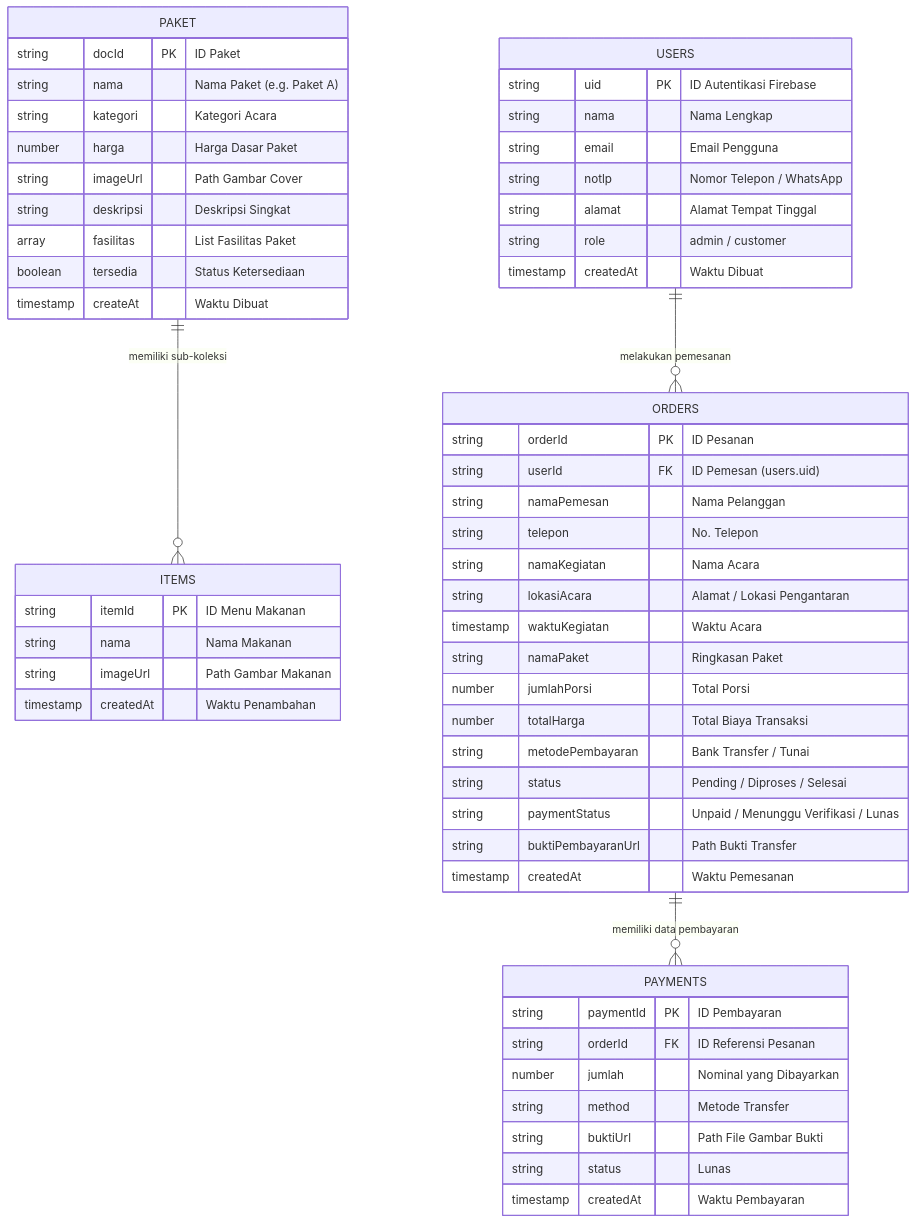
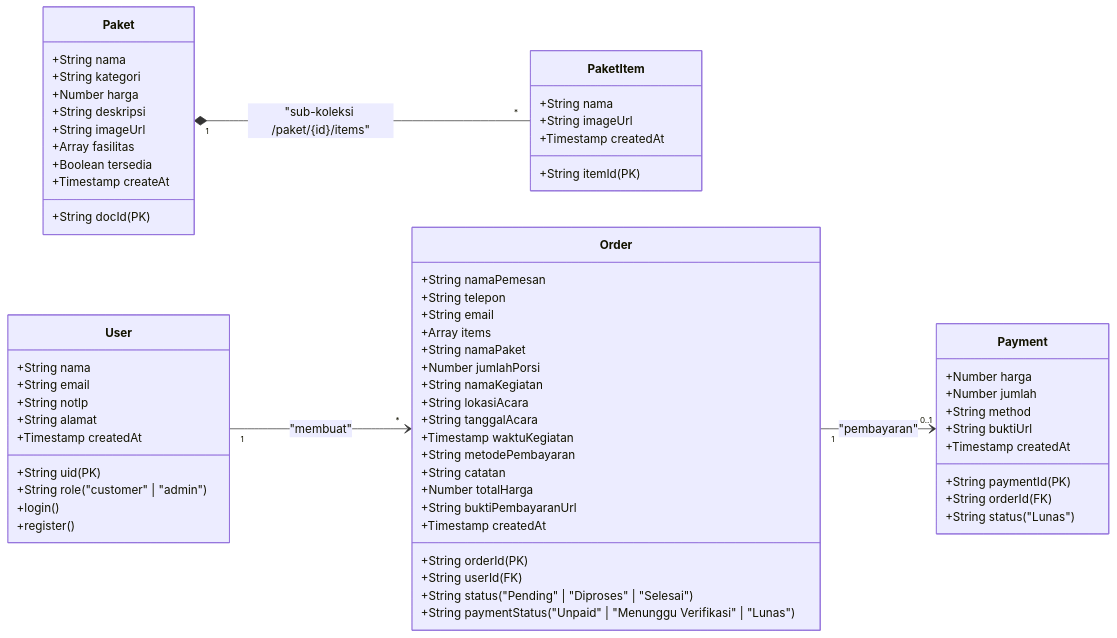
The first of 3 diagrams in readme.md (adriannicholasl/nadyacatering), drawn with Mermaid before and after one commit. The commit also changed other lines of this file, not shown here.

````diff
--- a/readme.md
+++ b/readme.md
@@ -105,63 +78,72 @@
 ```mermaid
-erDiagram
-    USERS {
-        string uid PK "ID Autentikasi Firebase"
-        string nama "Nama Lengkap"
-        string email "Email Pengguna"
-        string notlp "Nomor Telepon / WhatsApp"
-        string alamat "Alamat Tempat Tinggal"
-        string role "admin / customer"
-        timestamp createdAt "Waktu Dibuat"
+classDiagram
+    direction LR
+
+    class User {
+        +String uid (PK)
+        +String nama
+        +String email
+        +String notlp
+        +String alamat
+        +String role ("customer" | "admin")
+        +Timestamp createdAt
+        +login()
+        +register()
     }
 
-    PAKET {
-        string docId PK "ID Paket"
-        string nama "Nama Paket (e.g. Paket A)"
-        string kategori "Kategori Acara"
-        number harga "Harga Dasar Paket"
-        string imageUrl "Path Gambar Cover"
-        string deskripsi "Deskripsi Singkat"
-        array fasilitas "List Fasilitas Paket"
-        boolean tersedia "Status Ketersediaan"
-        timestamp createAt "Waktu Dibuat"
+    class Paket {
+        +String docId (PK)
+        +String nama
+        +String kategori
+        +Number harga
+        +String deskripsi
+        +String imageUrl
+        +Array fasilitas
+        +Boolean tersedia
+        +Timestamp createAt
     }
 
-    ITEMS {
-        string itemId PK "ID Menu Makanan"
-        string nama "Nama Makanan"
-        string imageUrl "Path Gambar Makanan"
-        timestamp createdAt "Waktu Penambahan"
+    class PaketItem {
+        +String itemId (PK)
+        +String nama
+        +String imageUrl
+        +Timestamp createdAt
     }
 
-    ORDERS {
-        string orderId PK "ID Pesanan"
-        string userId FK "ID Pemesan (users.uid)"
-        string namaPemesan "Nama Pelanggan"
-        string telepon "No. Telepon"
-        string namaKegiatan "Nama Acara"
-        string lokasiAcara "Alamat / Lokasi Pengantaran"
-        timestamp waktuKegiatan "Waktu Acara"
-        string namaPaket "Ringkasan Paket"
-        number jumlahPorsi "Total Porsi"
-        number totalHarga "Total Biaya Transaksi"
-        string metodePembayaran "Bank Transfer / Tunai"
-        string status "Pending / Diproses / Selesai"
-        string paymentStatus "Unpaid / Menunggu Verifikasi / Lunas"
-        string buktiPembayaranUrl "Path Bukti Transfer"
-        timestamp createdAt "Waktu Pemesanan"
+    class Order {
+        +String orderId (PK)
+        +String userId (FK)
+        +String namaPemesan
+        +String telepon
+        +String email
+        +Array items
+        +String namaPaket
+        +Number jumlahPorsi
+        +String namaKegiatan
+        +String lokasiAcara
+        +String tanggalAcara
+        +Timestamp waktuKegiatan
+        +String metodePembayaran
+        +String catatan
+        +Number totalHarga
+        +String status ("Pending" | "Diproses" | "Selesai")
+        +String paymentStatus ("Unpaid" | "Menunggu Verifikasi" | "Lunas")
+        +String buktiPembayaranUrl
+        +Timestamp createdAt
     }
 
-    PAYMENTS {
-        string paymentId PK "ID Pembayaran"
-        string orderId FK "ID Referensi Pesanan"
-        number jumlah "Nominal yang Dibayarkan"
-        string method "Metode Transfer"
-        string buktiUrl "Path File Gambar Bukti"
-        string status "Lunas"
-        timestamp createdAt "Waktu Pembayaran"
+    class Payment {
+        +String paymentId (PK)
+        +String orderId (FK)
+        +Number harga
+        +Number jumlah
+        +String method
+        +String buktiUrl
+        +String status ("Lunas")
+        +Timestamp createdAt
     }
 
-    PAKET ||--o{ ITEMS : "memiliki sub-koleksi"
-    USERS ||--o{ ORDERS : "melakukan pemesanan"
-    ORDERS ||--o{ PAYMENTS : "memiliki data pembayaran"
+    User "1" --> "*" Order : "membuat"
+    Paket "1" *-- "*" PaketItem : "sub-koleksi /paket/{id}/items"
+    Order "1" --> "0..1" Payment : "pembayaran"
 ```
````
